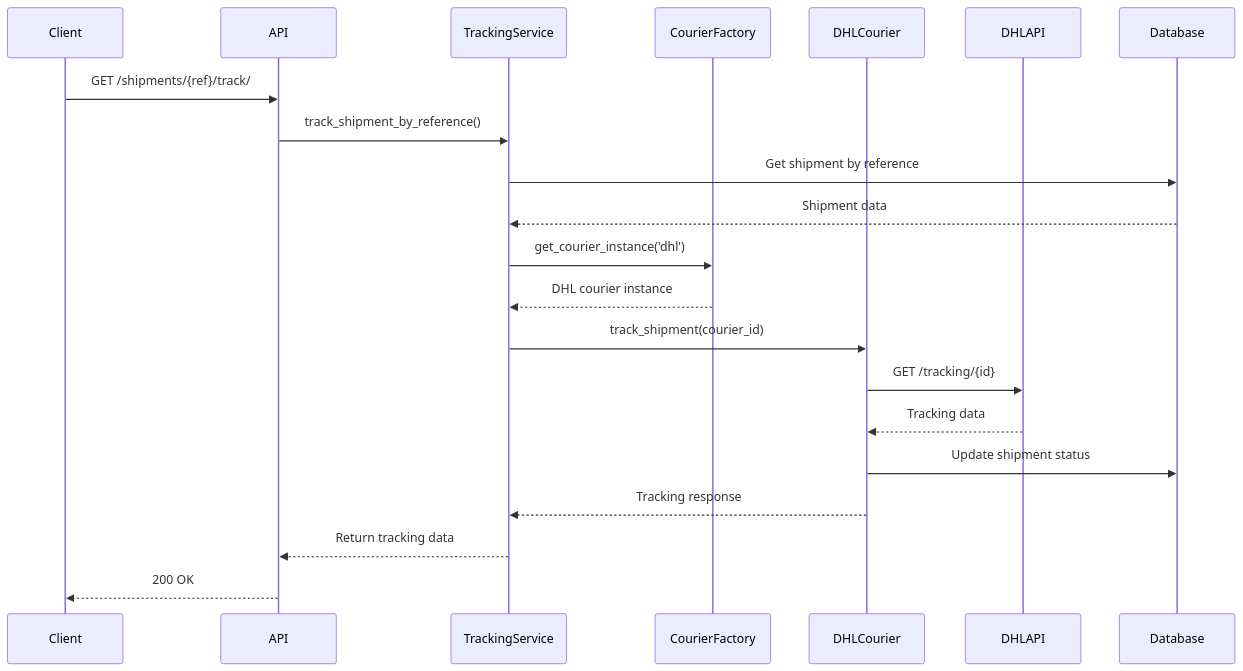
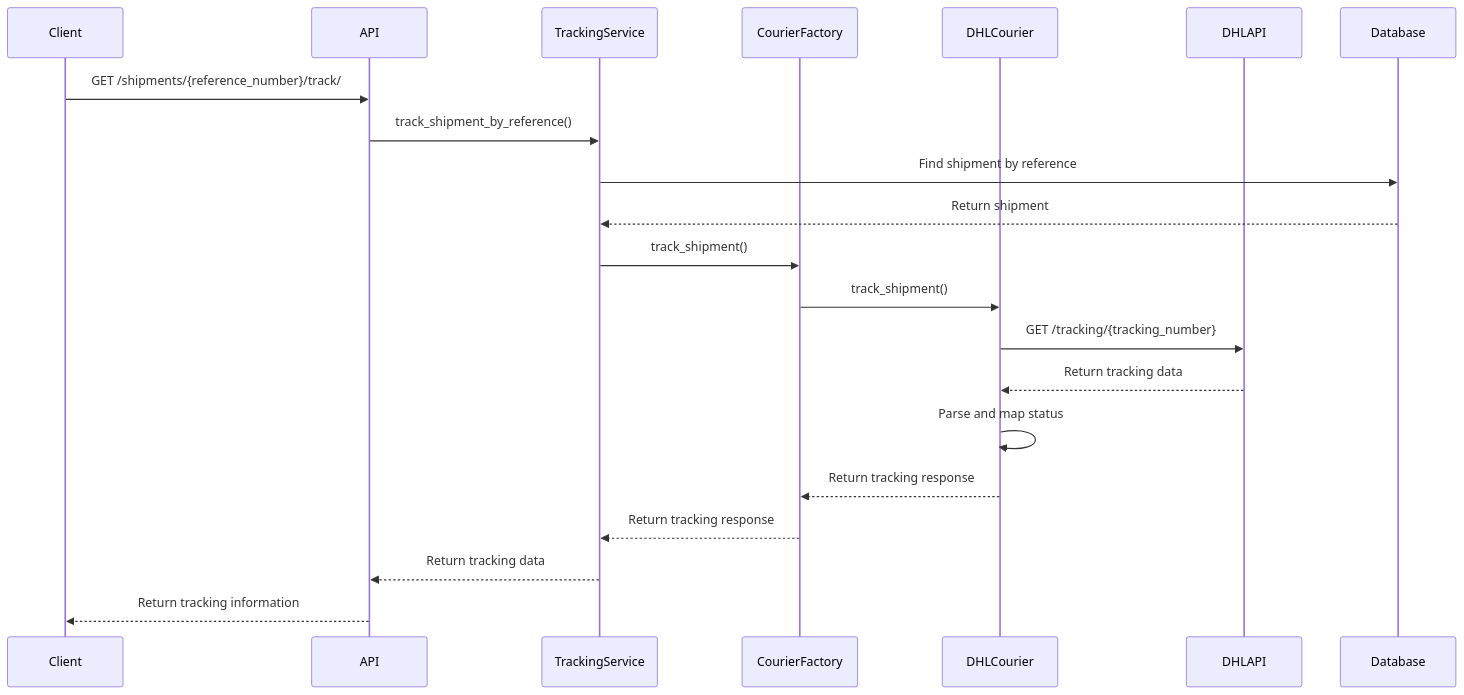
Before and after one commit to syed-zunnurain/couriers-unified: the sixth of 8 diagrams in README.md, drawn with Mermaid. The commit also changed other lines of this file and 14 other files, not shown here.

````diff
--- a/README.md
+++ b/README.md
@@ -747,25 +421,24 @@
 ```mermaid
 sequenceDiagram
     participant Client
     participant API
     participant TrackingService
     participant CourierFactory
     participant DHLCourier
     participant DHLAPI
     participant Database
-
-    Client->>API: GET /shipments/{ref}/track/
+    
+    Client->>API: GET /shipments/{reference_number}/track/
     API->>TrackingService: track_shipment_by_reference()
-    TrackingService->>Database: Get shipment by reference
-    Database-->>TrackingService: Shipment data
-    
-    TrackingService->>CourierFactory: get_courier_instance('dhl')
-    CourierFactory-->>TrackingService: DHL courier instance
-    TrackingService->>DHLCourier: track_shipment(courier_id)
-    DHLCourier->>DHLAPI: GET /tracking/{id}
-    DHLAPI-->>DHLCourier: Tracking data
-    DHLCourier->>Database: Update shipment status
-    DHLCourier-->>TrackingService: Tracking response
+    TrackingService->>Database: Find shipment by reference
+    Database-->>TrackingService: Return shipment
+    TrackingService->>CourierFactory: track_shipment()
+    CourierFactory->>DHLCourier: track_shipment()
+    DHLCourier->>DHLAPI: GET /tracking/{tracking_number}
+    DHLAPI-->>DHLCourier: Return tracking data
+    DHLCourier->>DHLCourier: Parse and map status
+    DHLCourier-->>CourierFactory: Return tracking response
+    CourierFactory-->>TrackingService: Return tracking response
     TrackingService-->>API: Return tracking data
-    API-->>Client: 200 OK
+    API-->>Client: Return tracking information
 ```
````
